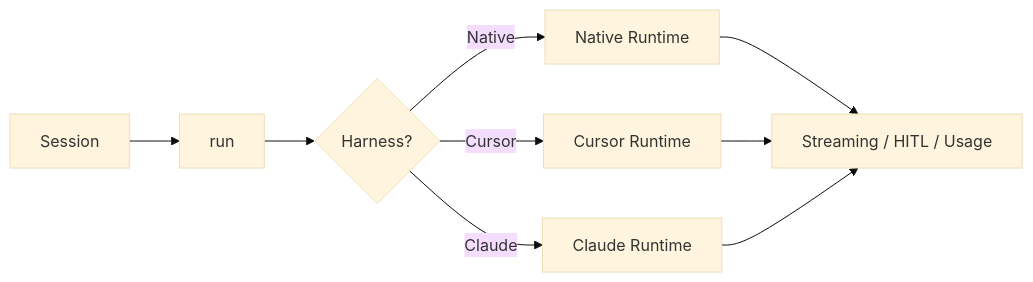
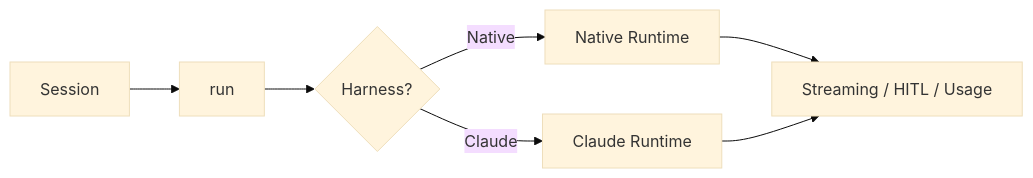
One commit to stigmer/stigmer changed the diagram in docs/concepts/harnesses.mdx. Above: the diagram before and after it, drawn with Mermaid (base theme). The commit also changed other lines of this file and 1158 other files, not shown here.

````diff
--- a/docs/concepts/harnesses.mdx
+++ b/docs/concepts/harnesses.mdx
@@ -166,11 +128,9 @@
 ```mermaid
 flowchart LR
   S["Session"] --> R["run"]
   R --> D{Harness?}
   D -->|Native| EG["Native Runtime"]
-  D -->|Cursor| EC["Cursor Runtime"]
   D -->|Claude| EA["Claude Runtime"]
   EG --> P["Streaming / HITL / Usage"]
-  EC --> P
   EA --> P
 ```
````
